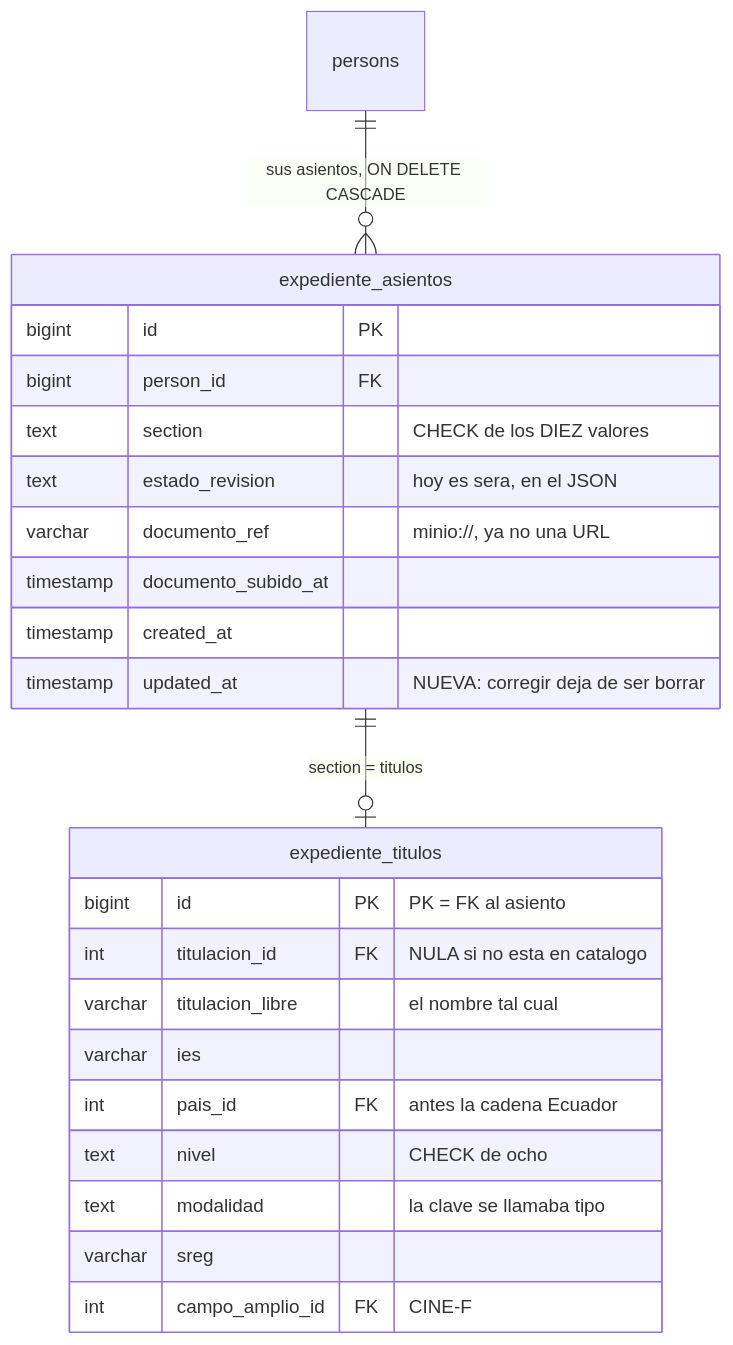
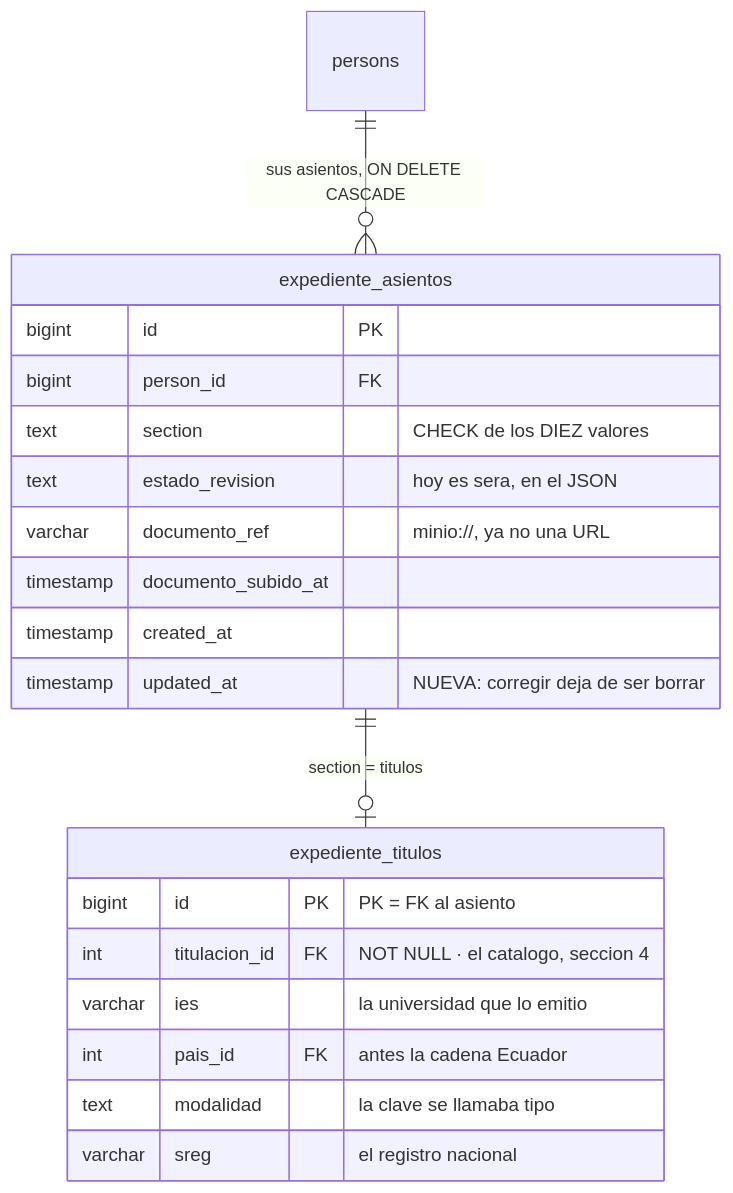
One commit to fresvel/deasy changed the first of 8 diagrams in docs/src/content/docs/complemento/expediente.md. Above: the diagram before and after it, drawn with Mermaid. The commit also changed other lines of this file and 4 other files, not shown here.

First line of the commit message:
docs(expediente): arregla los diagramas incoherentes, y pone la puerta que faltaba

````diff
--- a/docs/src/content/docs/complemento/expediente.md
+++ b/docs/src/content/docs/complemento/expediente.md
@@ -56,28 +56,25 @@
 ```mermaid
 erDiagram
   persons ||--o{ expediente_asientos : "sus asientos, ON DELETE CASCADE"
   expediente_asientos ||--o| expediente_titulos : "section = titulos"
 
   expediente_asientos {
     bigint id PK
     bigint person_id FK
     text section "CHECK de los DIEZ valores"
     text estado_revision "hoy es sera, en el JSON"
     varchar documento_ref "minio://, ya no una URL"
     timestamp documento_subido_at
     timestamp created_at
     timestamp updated_at "NUEVA: corregir deja de ser borrar"
   }
 
   expediente_titulos {
     bigint id PK "PK = FK al asiento"
-    int titulacion_id FK "NULA si no esta en catalogo"
-    varchar titulacion_libre "el nombre tal cual"
-    varchar ies
+    int titulacion_id FK "NOT NULL · el catalogo, seccion 4"
+    varchar ies "la universidad que lo emitio"
     int pais_id FK "antes la cadena Ecuador"
-    text nivel "CHECK de ocho"
     text modalidad "la clave se llamaba tipo"
-    varchar sreg
-    int campo_amplio_id FK "CINE-F"
+    varchar sreg "el registro nacional"
   }
 ```
````
